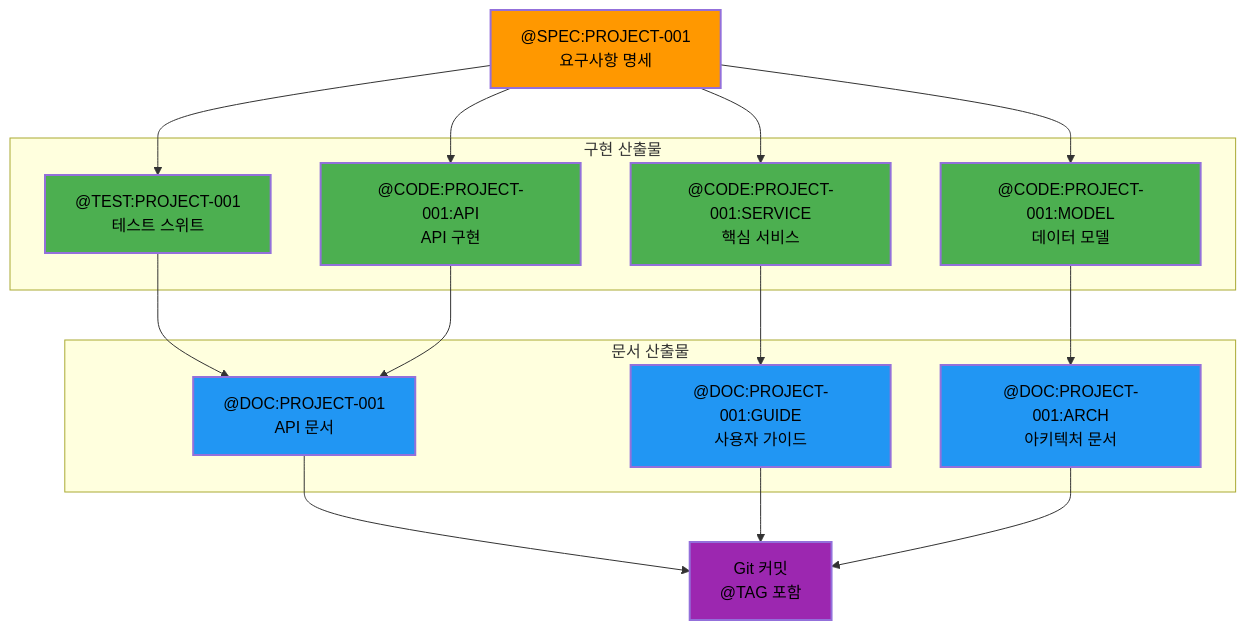
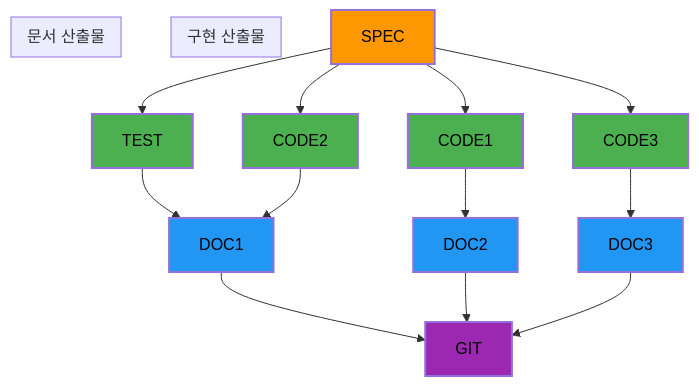
The second of 4 diagrams in docs/pages/ko/features/spec-first.md (modu-ai/moai-adk), drawn with Mermaid before and after one commit. The commit also changed other lines of this file and 670 other files, not shown here.

````diff
--- a/docs/pages/ko/features/spec-first.md
+++ b/docs/pages/ko/features/spec-first.md
@@ -392,43 +373,34 @@
 ```mermaid
 graph TD
-    SPEC["@SPEC:PROJECT-001<br/>요구사항 명세"]
 
     subgraph "구현 산출물"
-        TEST["@TEST:PROJECT-001<br/>테스트 스위트"]
-        CODE1["@CODE:PROJECT-001:SERVICE<br/>핵심 서비스"]
-        CODE2["@CODE:PROJECT-001:API<br/>API 구현"]
-        CODE3["@CODE:PROJECT-001:MODEL<br/>데이터 모델"]
     end
 
     subgraph "문서 산출물"
-        DOC1["@DOC:PROJECT-001<br/>API 문서"]
-        DOC2["@DOC:PROJECT-001:GUIDE<br/>사용자 가이드"]
-        DOC3["@DOC:PROJECT-001:ARCH<br/>아키텍처 문서"]
     end
 
-    GIT["Git 커밋<br/>@TAG 포함"]
 
     SPEC --> TEST
     SPEC --> CODE1
     SPEC --> CODE2
     SPEC --> CODE3
 
     TEST --> DOC1
     CODE1 --> DOC2
     CODE2 --> DOC1
     CODE3 --> DOC3
 
     DOC1 --> GIT
     DOC2 --> GIT
     DOC3 --> GIT
 
     classDef specNode fill:#ff9800,stroke-width:2px,color:#000
     classDef implNode fill:#4caf50,stroke-width:2px,color:#000
     classDef docNode fill:#2196f3,stroke-width:2px,color:#000
     classDef gitNode fill:#9c27b0,stroke-width:2px,color:#000
 
     class SPEC specNode
     class TEST,CODE1,CODE2,CODE3 implNode
     class DOC1,DOC2,DOC3 docNode
     class GIT gitNode
 ```
````
